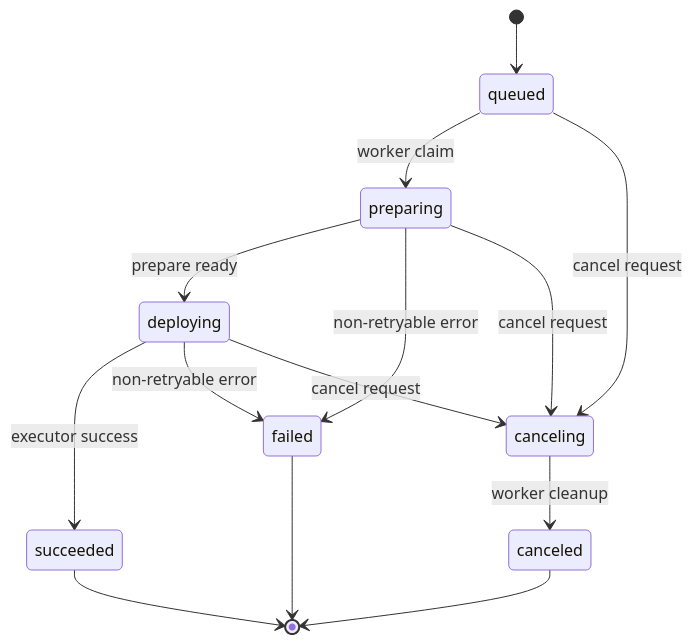
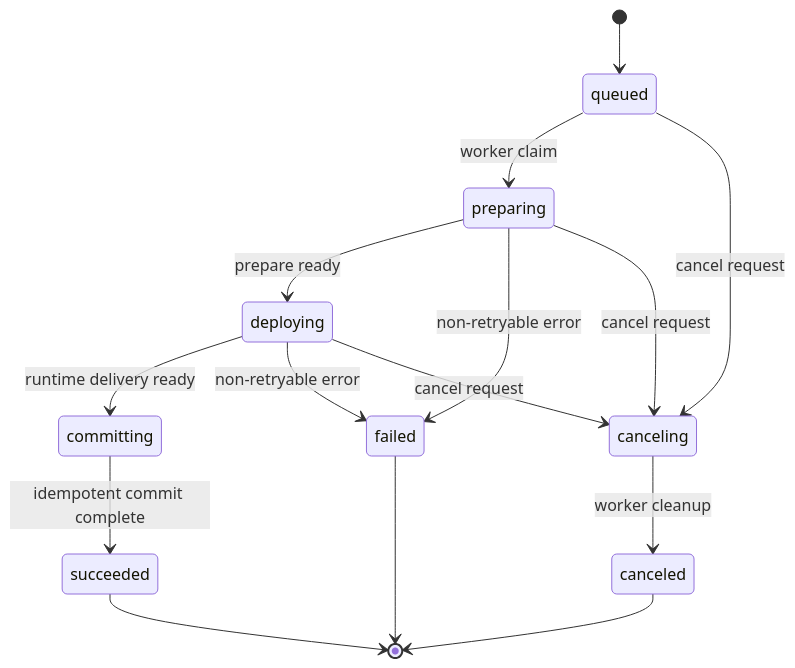
One commit to owndock/owndock changed diagram 17 of 17 in docs/flows.md. Above: the diagram before and after it, drawn with Mermaid. The commit also changed 19 other files, not shown here.

````diff
--- a/docs/flows.md
+++ b/docs/flows.md
@@ -610,16 +610,17 @@
 ```mermaid
 stateDiagram-v2
     [*] --> queued
     queued --> preparing: worker claim
     preparing --> deploying: prepare ready
-    deploying --> succeeded: executor success
+    deploying --> committing: runtime delivery ready
+    committing --> succeeded: idempotent commit complete
     preparing --> failed: non-retryable error
     deploying --> failed: non-retryable error
     queued --> canceling: cancel request
     preparing --> canceling: cancel request
     deploying --> canceling: cancel request
     canceling --> canceled: worker cleanup
     succeeded --> [*]
     failed --> [*]
     canceled --> [*]
 ```
````
